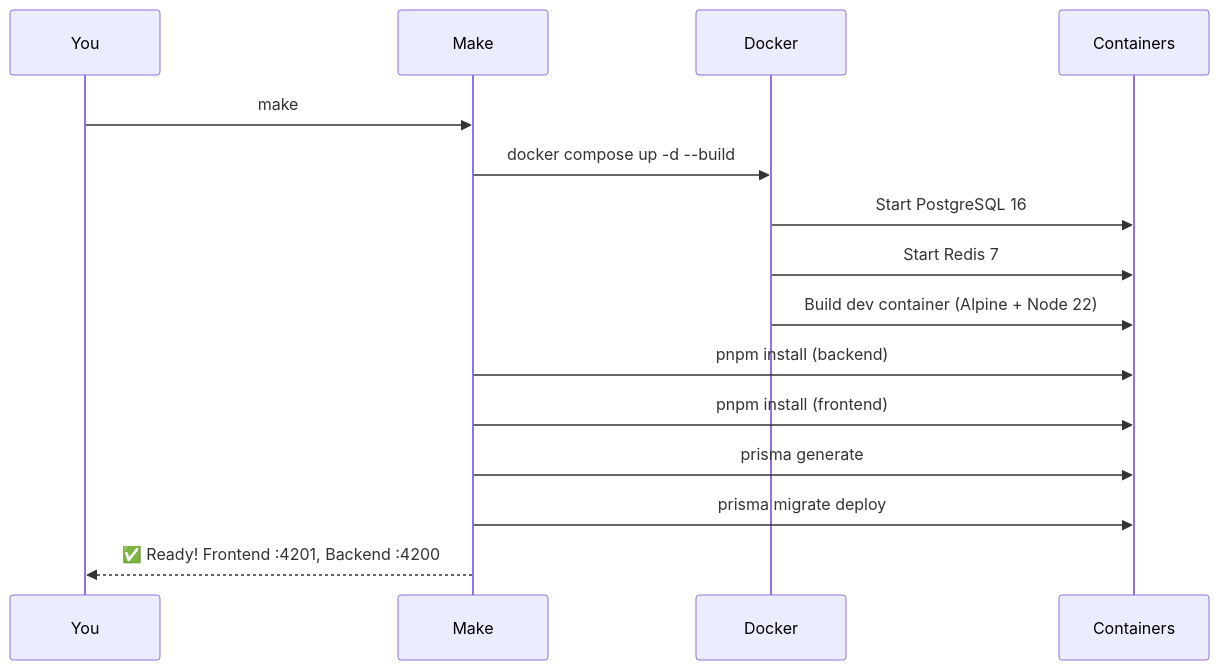
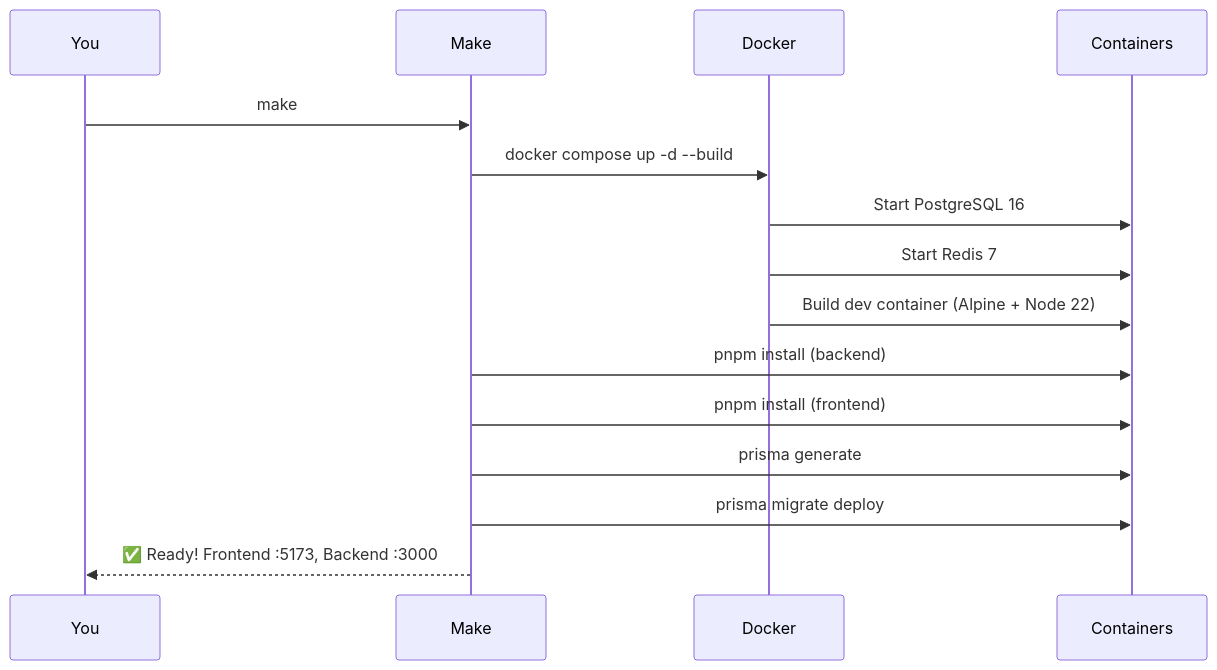
Before and after one commit to Univers42/transcendance: the diagram in docs/SETUP.md, drawn with Mermaid. The commit also changed other lines of this file and 33 other files, not shown here.

````diff
--- a/docs/SETUP.md
+++ b/docs/SETUP.md
@@ -36,18 +36,18 @@
 ```mermaid
 sequenceDiagram
     participant You
     participant Make
     participant Docker
     participant Containers
 
     You->>Make: make
     Make->>Docker: docker compose up -d --build
     Docker->>Containers: Start PostgreSQL 16
     Docker->>Containers: Start Redis 7
     Docker->>Containers: Build dev container (Alpine + Node 22)
     Make->>Containers: pnpm install (backend)
     Make->>Containers: pnpm install (frontend)
     Make->>Containers: prisma generate
     Make->>Containers: prisma migrate deploy
-    Make-->>You: ✅ Ready! Frontend :4201, Backend :4200
+    Make-->>You: ✅ Ready! Frontend :5173, Backend :3000
 ```
````
